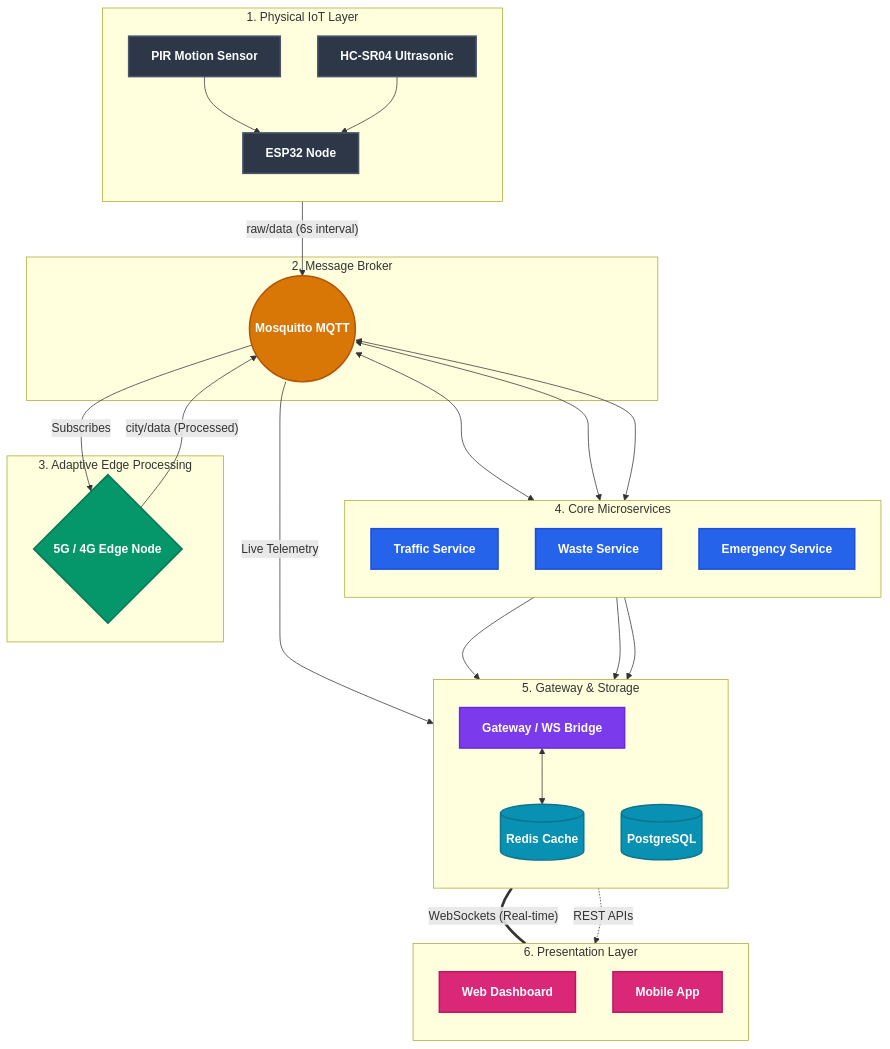
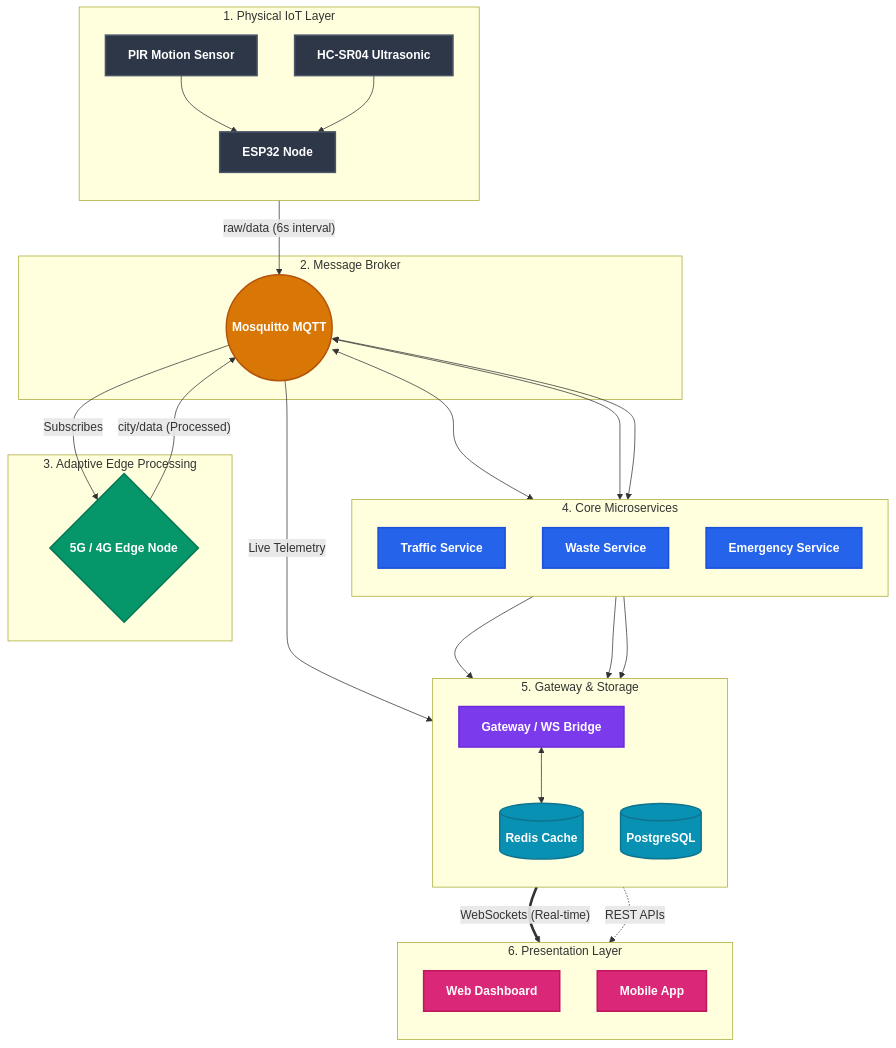
The diagram in README.md (mainakpaul2005/Tech-A-Thon), drawn with Mermaid before and after one commit. The commit also changed 1 other file, not shown here.

Commit message:
docs: force presentation layer explicitly below gateway via mermaid rankings

````diff
--- a/README.md
+++ b/README.md
@@ -40,69 +40,73 @@
 ```mermaid
 %%{init: {'theme': 'default', 'themeVariables': { 'background': '#ffffff', 'fontSize': '16px', 'fontFamily': 'arial'}}}%%
 flowchart TD
     classDef physical fill:#2d3748,stroke:#4a5568,stroke-width:2px,color:#fff,font-size:16px,font-weight:bold
     classDef mqtt fill:#d97706,stroke:#b45309,stroke-width:2px,color:#fff,font-size:16px,font-weight:bold
     classDef edge fill:#059669,stroke:#047857,stroke-width:2px,color:#fff,font-size:16px,font-weight:bold
     classDef service fill:#2563eb,stroke:#1d4ed8,stroke-width:2px,color:#fff,font-size:16px,font-weight:bold
     classDef gateway fill:#7c3aed,stroke:#6d28d9,stroke-width:2px,color:#fff,font-size:16px,font-weight:bold
     classDef ui fill:#db2777,stroke:#be185d,stroke-width:2px,color:#fff,font-size:16px,font-weight:bold
     classDef db fill:#0891b2,stroke:#0e7490,stroke-width:2px,color:#fff,font-size:16px,font-weight:bold
 
 
     subgraph Tier1 ["1. Physical IoT Layer"]
         direction TB
         HW[ESP32 Node]:::physical
         PIR[PIR Motion Sensor]:::physical
         SONAR[HC-SR04 Ultrasonic]:::physical
     end
 
     subgraph Tier2 ["2. Message Broker"]
         MQ((Mosquitto MQTT)):::mqtt
     end
 
     subgraph Tier3 ["3. Adaptive Edge Processing"]
         ADAPT{5G / 4G Edge Node}:::edge
     end
 
     subgraph Tier4 ["4. Core Microservices"]
         direction TB
         TS[Traffic Service]:::service
         WS[Waste Service]:::service
         ES[Emergency Service]:::service
     end
 
     subgraph Tier5 ["5. Gateway & Storage"]
         direction TB
         GW[Gateway / WS Bridge]:::gateway
         DB[(PostgreSQL)]:::db
         REDIS[(Redis Cache)]:::db
     end
 
     subgraph Tier6 ["6. Presentation Layer"]
         direction TB
         UI_WEB[Web Dashboard]:::ui
         UI_MOB[Mobile App]:::ui
     end
 
     %% Flow Connections
     PIR --> HW
     SONAR --> HW
     HW -- "raw/data (6s interval)" --> MQ
     
     MQ -- "Subscribes" --> ADAPT
     ADAPT -- "city/data (Processed)" --> MQ
     
     MQ <--> TS
     MQ <--> WS
     MQ <--> ES
     
     TS --> DB
     WS --> DB
     ES --> DB
     
     MQ -- "Live Telemetry" --> GW
     GW <--> REDIS
     
-    GW == "WebSockets (Real-time)" === UI_WEB
+    %% Force vertical structural constraints
+    DB ~~~ UI_WEB
+    REDIS ~~~ UI_MOB
+    
+    GW == "WebSockets (Real-time)" ==> UI_WEB
     GW -. "REST APIs" .-> UI_MOB
 ```
````
